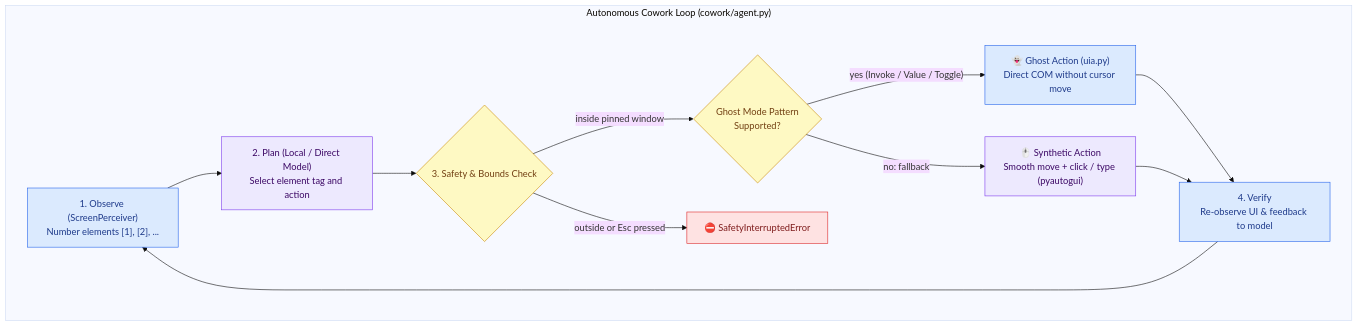
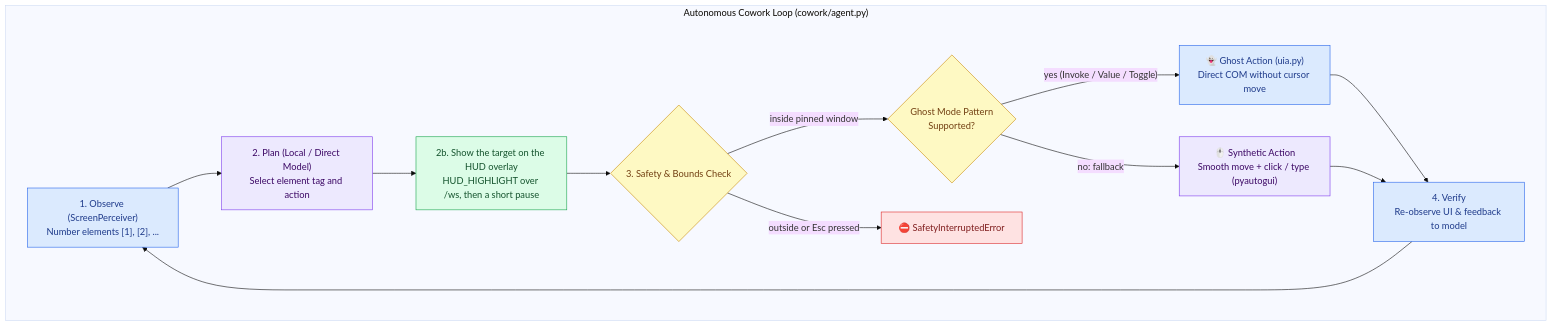
Before and after one commit to luisenriquecgongora/emiliano: the sixth of 6 diagrams in docs/ARCHITECTURE.md, drawn with Mermaid (base theme). The commit also changed other lines of this file, not shown here.

Commit message:
docs(docs): document the HUD overlay step in Cowork

````diff
--- a/docs/ARCHITECTURE.md
+++ b/docs/ARCHITECTURE.md
@@ -242,23 +242,26 @@
 ```mermaid
 flowchart TD
     subgraph loop["Autonomous Cowork Loop (cowork/agent.py)"]
         observe["1. Observe (ScreenPerceiver)<br/>Number elements [1], [2], ..."] --> plan["2. Plan (Local / Direct Model)<br/>Select element tag and action"]
-        plan --> act{"3. Safety & Bounds Check"}
+        plan --> hud["2b. Show the target on the HUD overlay<br/>HUD_HIGHLIGHT over /ws, then a short pause"]
+        hud --> act{"3. Safety & Bounds Check"}
         act -->|"inside pinned window"| mode{"Ghost Mode Pattern<br/>Supported?"}
         act -->|"outside or Esc pressed"| stop["⛔ SafetyInterruptedError"]
         mode -->|"yes (Invoke / Value / Toggle)"| ghost["👻 Ghost Action (uia.py)<br/>Direct COM without cursor move"]
         mode -->|"no: fallback"| synth["🖱️ Synthetic Action<br/>Smooth move + click / type (pyautogui)"]
         ghost --> verify["4. Verify<br/>Re-observe UI & feedback to model"]
         synth --> verify
         verify --> observe
     end
 
     classDef ours fill:#dbeafe,stroke:#2563eb,color:#1e3a8a
     classDef gate fill:#fef9c3,stroke:#ca8a04,color:#713f12
     classDef risk fill:#fee2e2,stroke:#dc2626,color:#7f1d1d
     classDef agent fill:#ede9fe,stroke:#7c3aed,color:#3b0764
+    classDef output fill:#dcfce7,stroke:#16a34a,color:#14532d
     class observe,ghost,verify ours
+    class hud output
     class act,mode gate
     class stop risk
     class plan,synth agent
 ```
````
